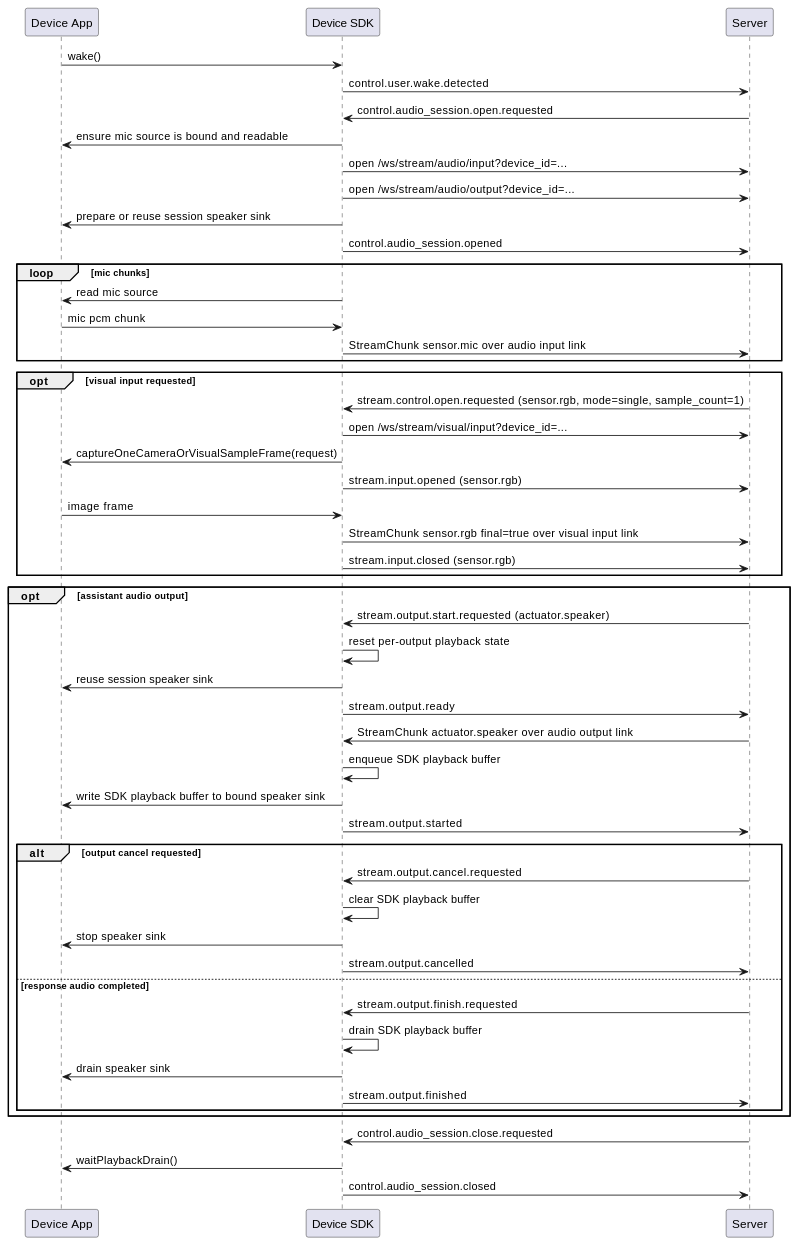
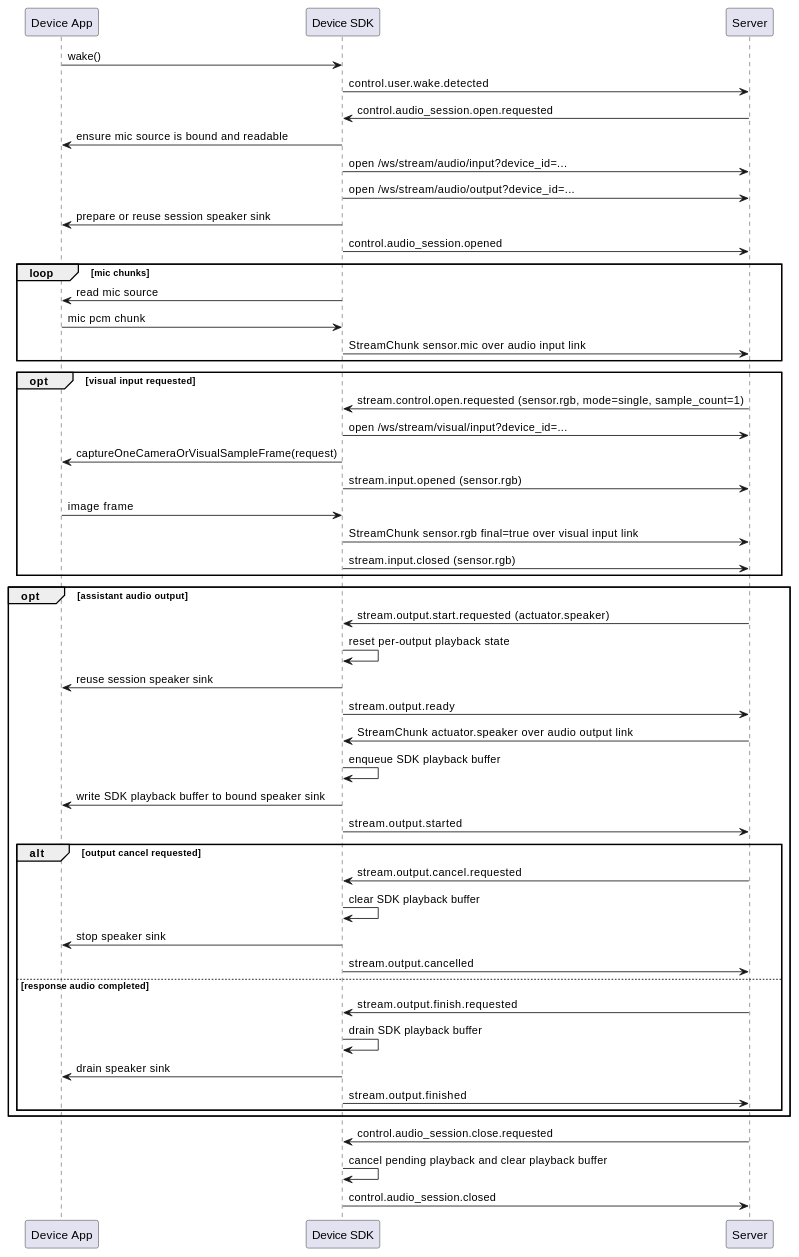
One commit to HengeLiu/RealtimeAgent changed the third of 6 diagrams in devices/docs/device-sdk-event-blueprint.md. Above: the diagram before and after it, drawn with PlantUML. The commit also changed other lines of this file and 11 other files, not shown here.

````diff
--- a/devices/docs/device-sdk-event-blueprint.md
+++ b/devices/docs/device-sdk-event-blueprint.md
@@ -222,57 +291,57 @@
 ```plantuml
 @startuml
 participant "Device App" as App
 participant "Device SDK" as SDK
 participant Server
 
 App -> SDK: wake()
 SDK -> Server: control.user.wake.detected
 Server -> SDK: control.audio_session.open.requested
 SDK -> App: ensure mic source is bound and readable
 SDK -> Server: open /ws/stream/audio/input?device_id=...
 SDK -> Server: open /ws/stream/audio/output?device_id=...
 SDK -> App: prepare or reuse session speaker sink
 SDK -> Server: control.audio_session.opened
 loop mic chunks
   SDK -> App: read mic source
   App -> SDK: mic pcm chunk
   SDK -> Server: StreamChunk sensor.mic over audio input link
 end
 
 opt visual input requested
   Server -> SDK: stream.control.open.requested (sensor.rgb, mode=single, sample_count=1)
   SDK -> Server: open /ws/stream/visual/input?device_id=...
   SDK -> App: captureOneCameraOrVisualSampleFrame(request)
   SDK -> Server: stream.input.opened (sensor.rgb)
   App -> SDK: image frame
   SDK -> Server: StreamChunk sensor.rgb final=true over visual input link
   SDK -> Server: stream.input.closed (sensor.rgb)
 end
 
 opt assistant audio output
   Server -> SDK: stream.output.start.requested (actuator.speaker)
   SDK -> SDK: reset per-output playback state
   SDK -> App: reuse session speaker sink
   SDK -> Server: stream.output.ready
   Server -> SDK: StreamChunk actuator.speaker over audio output link
   SDK -> SDK: enqueue SDK playback buffer
   SDK -> App: write SDK playback buffer to bound speaker sink
   SDK -> Server: stream.output.started
   alt output cancel requested
     Server -> SDK: stream.output.cancel.requested
     SDK -> SDK: clear SDK playback buffer
     SDK -> App: stop speaker sink
     SDK -> Server: stream.output.cancelled
   else response audio completed
     Server -> SDK: stream.output.finish.requested
     SDK -> SDK: drain SDK playback buffer
     SDK -> App: drain speaker sink
     SDK -> Server: stream.output.finished
   end
 end
 
 Server -> SDK: control.audio_session.close.requested
-SDK -> App: waitPlaybackDrain()
+SDK -> SDK: cancel pending playback and clear playback buffer
 SDK -> Server: control.audio_session.closed
 @enduml
 ```
````
